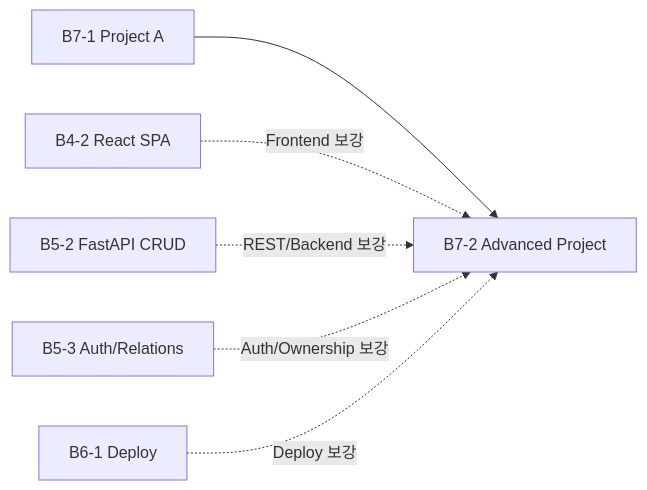
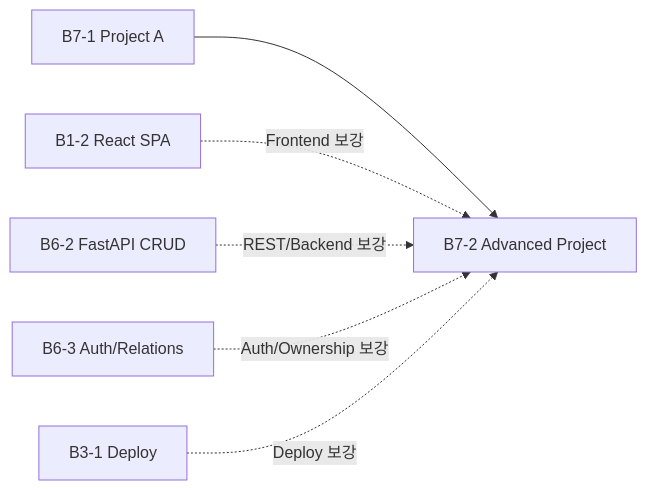
Before and after one commit to MetaStudy999/codyssey-basic: the third of 3 diagrams in training/round-01-clear/MISSION-DEPENDENCY-MAP.md, drawn with Mermaid. The commit also changed other lines of this file and 8 other files, not shown here.

````diff
--- a/training/round-01-clear/MISSION-DEPENDENCY-MAP.md
+++ b/training/round-01-clear/MISSION-DEPENDENCY-MAP.md
@@ -142,8 +123,8 @@
 ```mermaid
 flowchart LR
     B71[B7-1 Project A] --> B72[B7-2 Advanced Project]
-    B42[B4-2 React SPA] -. Frontend 보강 .-> B72
-    B52[B5-2 FastAPI CRUD] -. REST/Backend 보강 .-> B72
-    B53[B5-3 Auth/Relations] -. Auth/Ownership 보강 .-> B72
-    B61[B6-1 Deploy] -. Deploy 보강 .-> B72
+    B12[B1-2 React SPA] -. Frontend 보강 .-> B72
+    B62[B6-2 FastAPI CRUD] -. REST/Backend 보강 .-> B72
+    B63[B6-3 Auth/Relations] -. Auth/Ownership 보강 .-> B72
+    B31[B3-1 Deploy] -. Deploy 보강 .-> B72
 ```
````
